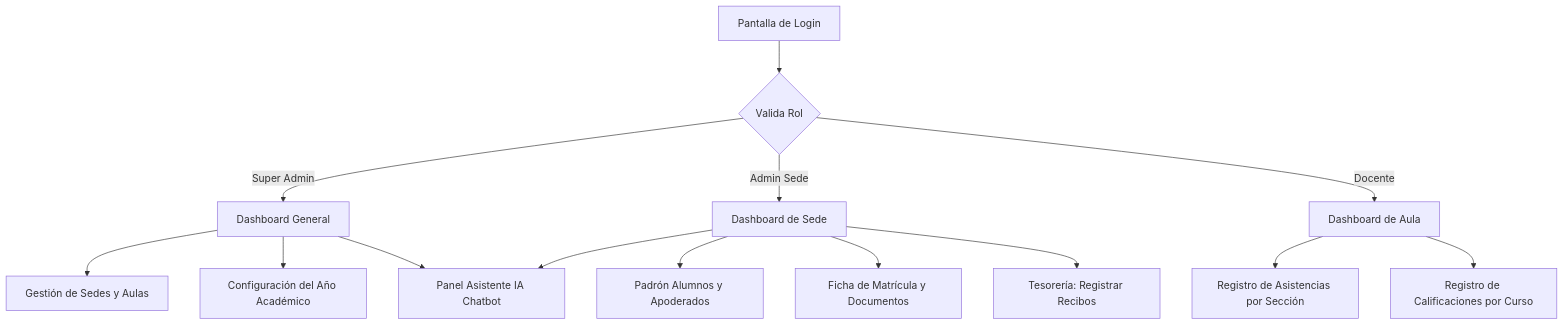
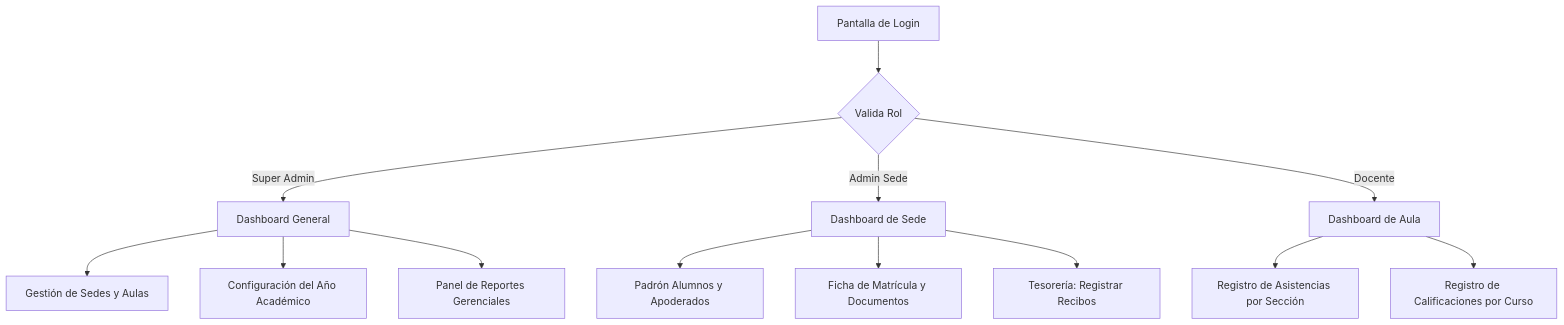
Diagram 17 of 17 in Mis_documentos/Informe_ING_Software.md (Xoryex/Proyecto_Escuela), drawn with Mermaid before and after one commit. The commit also changed other lines of this file and 9 other files, not shown here.

````diff
--- a/Mis_documentos/Informe_ING_Software.md
+++ b/Mis_documentos/Informe_ING_Software.md
@@ -1520,21 +1505,20 @@
 ```mermaid
 graph TD
     Login[Pantalla de Login] --> AuthCheck{Valida Rol}
     
     AuthCheck -->|Super Admin| SADash[Dashboard General]
     AuthCheck -->|Admin Sede| ADash[Dashboard de Sede]
     AuthCheck -->|Docente| DDash[Dashboard de Aula]
     
     SADash --> SedesCRUD[Gestión de Sedes y Aulas]
     SADash --> AnioEscolar[Configuración del Año Académico]
     
     ADash --> Padrón[Padrón Alumnos y Apoderados]
     ADash --> FichaMatricula[Ficha de Matrícula y Documentos]
     ADash --> Caja[Tesorería: Registrar Recibos]
     
     DDash --> Asistencias[Registro de Asistencias por Sección]
     DDash --> Calificaciones[Registro de Calificaciones por Curso]
     
-    SADash --> Chatbot[Panel Asistente IA Chatbot]
-    ADash --> Chatbot
+    SADash --> Reportes[Panel de Reportes Gerenciales]
 ```
````
